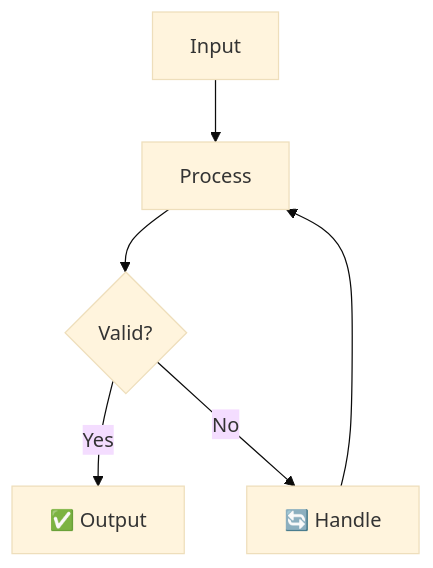
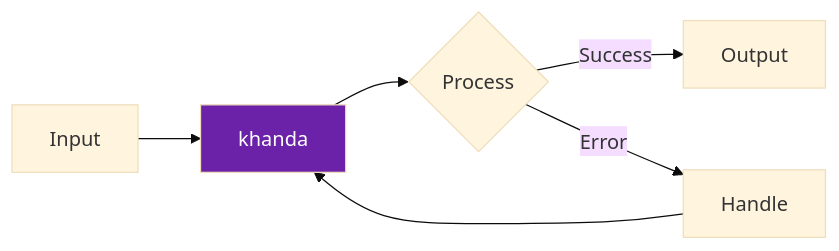
The diagram in README.md (darshjme/khanda), drawn with Mermaid (base theme) before and after one commit. The commit also changed other lines of this file, not shown here.

First line of the commit message:
feat(vedic-v3): rename to khanda (खंड)

````diff
--- a/README.md
+++ b/README.md
@@ -35,8 +39,9 @@
 ```mermaid
-flowchart TD
-    A[Input] --> B[Process]
-    B --> C{Valid?}
-    C -->|Yes| D[✅ Output]
-    C -->|No| E[🔄 Handle]
+flowchart LR
+    A[Input] --> B[khanda]
+    B --> C{Process}
+    C -- Success --> D[Output]
+    C -- Error --> E[Handle]
     E --> B
+    style B fill:#6b21a8,color:#fff
 ```
````
